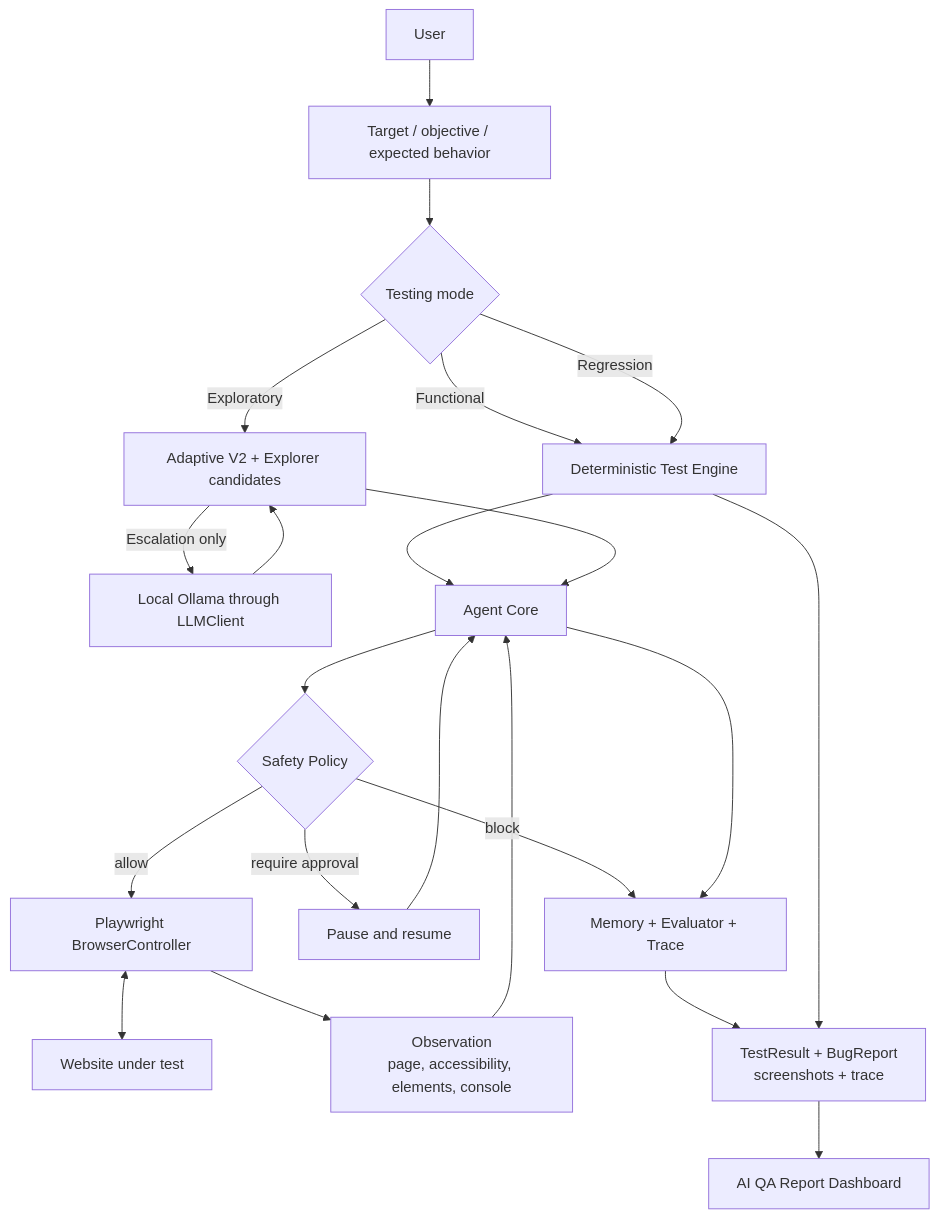
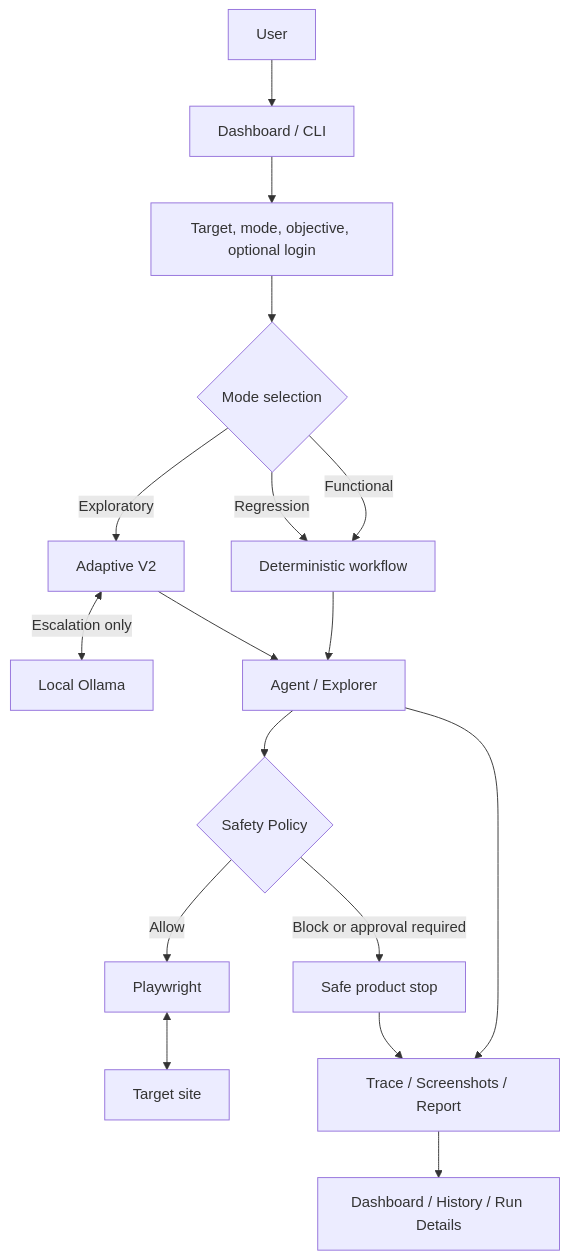
Before and after one commit to BoyuTian502/Vibe-QA: the diagram in README.md, drawn with Mermaid. The commit also changed other lines of this file and 13 other files, not shown here.

````diff
--- a/README.md
+++ b/README.md
@@ -49,24 +37,19 @@
 ```mermaid
 flowchart TD
-    User --> Configuration["Target / objective / expected behavior"]
-    Configuration --> Mode{"Testing mode"}
-    Mode -->|Functional| Engine["Deterministic Test Engine"]
+    User --> Entry["Dashboard / CLI"]
+    Entry --> Configuration["Target, mode, objective, optional login"]
+    Configuration --> Mode{"Mode selection"}
+    Mode -->|Functional| Engine["Deterministic workflow"]
     Mode -->|Regression| Engine
-    Mode -->|Exploratory| Adaptive["Adaptive V2 + Explorer candidates"]
-    Adaptive -->|Escalation only| LLM["Local Ollama through LLMClient"]
-    LLM --> Adaptive
-    Engine --> Agent["Agent Core"]
+    Mode -->|Exploratory| Adaptive["Adaptive V2"]
+    Adaptive <-->|Escalation only| Ollama["Local Ollama"]
+    Engine --> Agent["Agent / Explorer"]
     Adaptive --> Agent
     Agent --> Safety{"Safety Policy"}
-    Safety -->|allow| Browser["Playwright BrowserController"]
-    Safety -->|require approval| Approval["Pause and resume"]
-    Safety -->|block| Runtime
-    Approval --> Agent
-    Browser <--> Website["Website under test"]
-    Browser --> Observation["Observation<br/>page, accessibility, elements, console"]
-    Observation --> Agent
-    Agent --> Runtime["Memory + Evaluator + Trace"]
-    Runtime --> Evidence["TestResult + BugReport<br/>screenshots + trace"]
-    Engine --> Evidence
-    Evidence --> Dashboard["AI QA Report Dashboard"]
+    Safety -->|Allow| Browser["Playwright"]
+    Safety -->|Block or approval required| Stop["Safe product stop"]
+    Browser <--> Site["Target site"]
+    Agent --> Evidence["Trace / Screenshots / Report"]
+    Stop --> Evidence
+    Evidence --> Dashboard["Dashboard / History / Run Details"]
 ```
````
